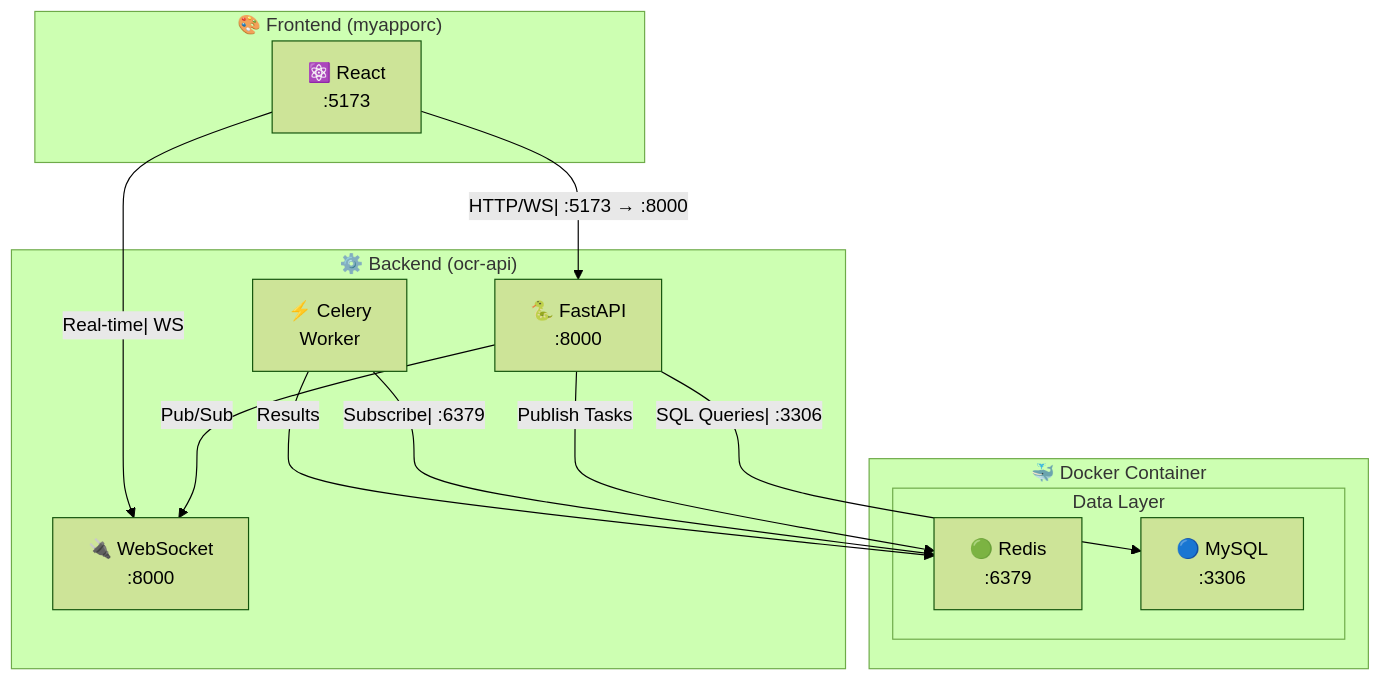
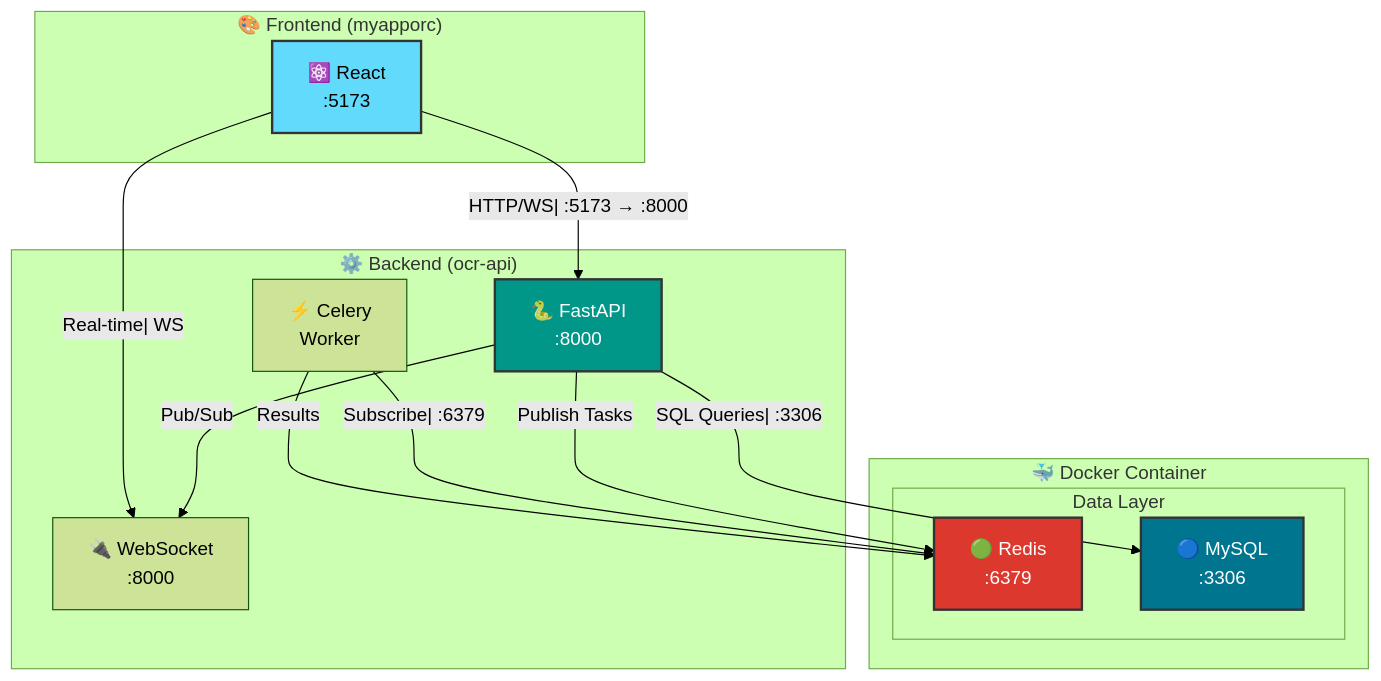
Before and after one commit to FIT-dev-AI/tanphat1303.github.io: the diagram in content/5-Workshop/5.2-Environment/_index.md, drawn with Mermaid (forest theme). The commit also changed other lines of this file and 20 other files, not shown here.

```diff
--- a/content/5-Workshop/5.2-Environment/_index.md
+++ b/content/5-Workshop/5.2-Environment/_index.md
@@ -46,27 +46,32 @@
 {{< mermaid >}}
 graph TB
     subgraph Development["🐳 Docker Container"]
         subgraph Data["Data Layer"]
             Redis["🟢 Redis<br/>:6379"]
             MySQL["🔵 MySQL<br/>:3306"]
         end
     end
 
     subgraph Backend["⚙️ Backend (ocr-api)"]
         API["🐍 FastAPI<br/>:8000"]
         Celery["⚡ Celery<br/>Worker"]
         WS["🔌 WebSocket<br/>:8000"]
     end
 
     subgraph Frontend["🎨 Frontend (myapporc)"]
         React["⚛️ React<br/>:5173"]
     end
 
     React -->|"HTTP/WS| :5173 → :8000"| API
     API -->|"Publish Tasks"| Redis
     Celery -->|"Subscribe| :6379"| Redis
     API -->|"SQL Queries| :3306"| MySQL
     Celery -->|"Results"| Redis
     API -->|"Pub/Sub"| WS
     React -->|"Real-time| WS"| WS
+
+    style Redis fill:#dc382d,stroke:#333,stroke-width:2px,color:#fff
+    style MySQL fill:#00758f,stroke:#333,stroke-width:2px,color:#fff
+    style API fill:#009688,stroke:#333,stroke-width:2px,color:#fff
+    style React fill:#61dafb,stroke:#333,stroke-width:2px
 {{< /mermaid >}}
```
